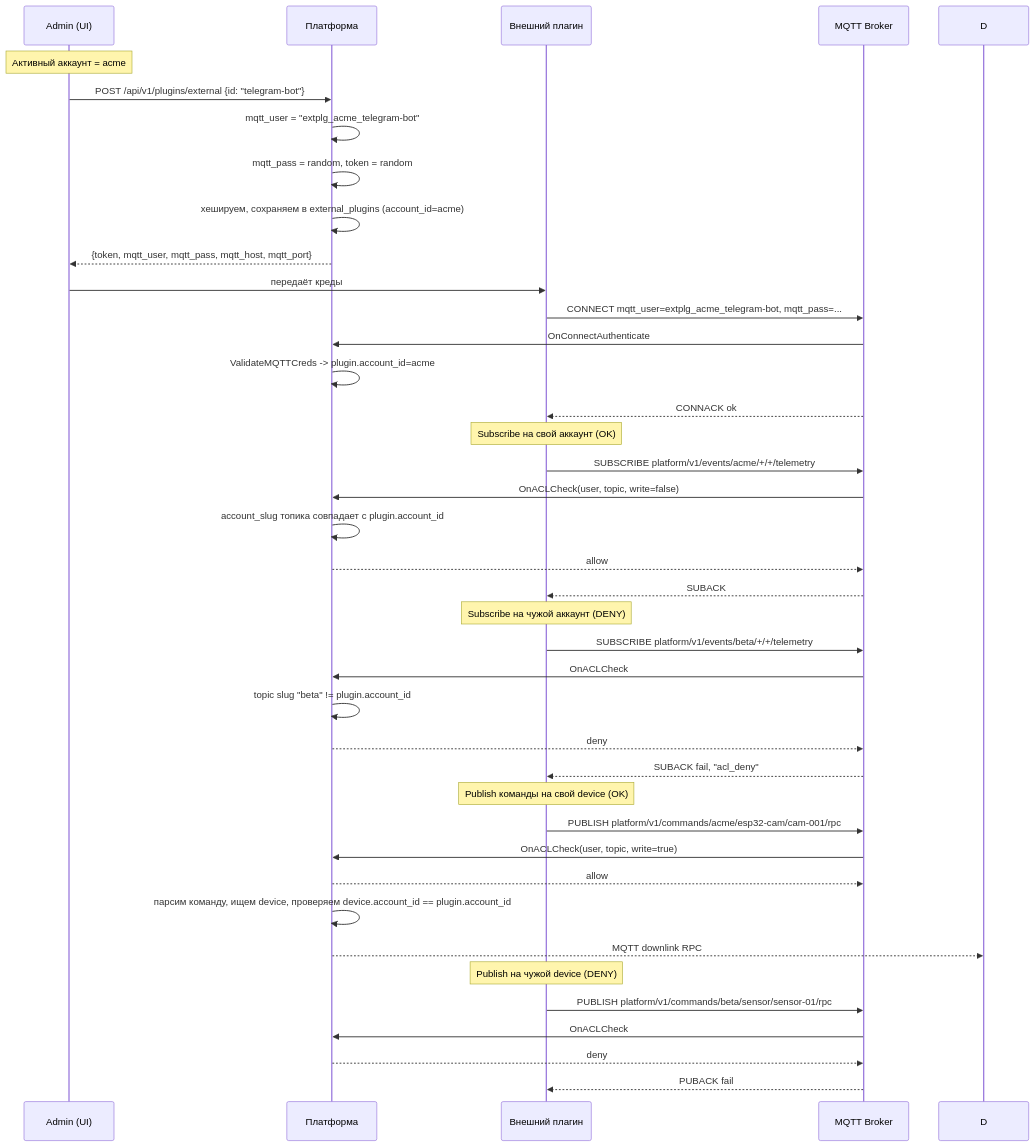
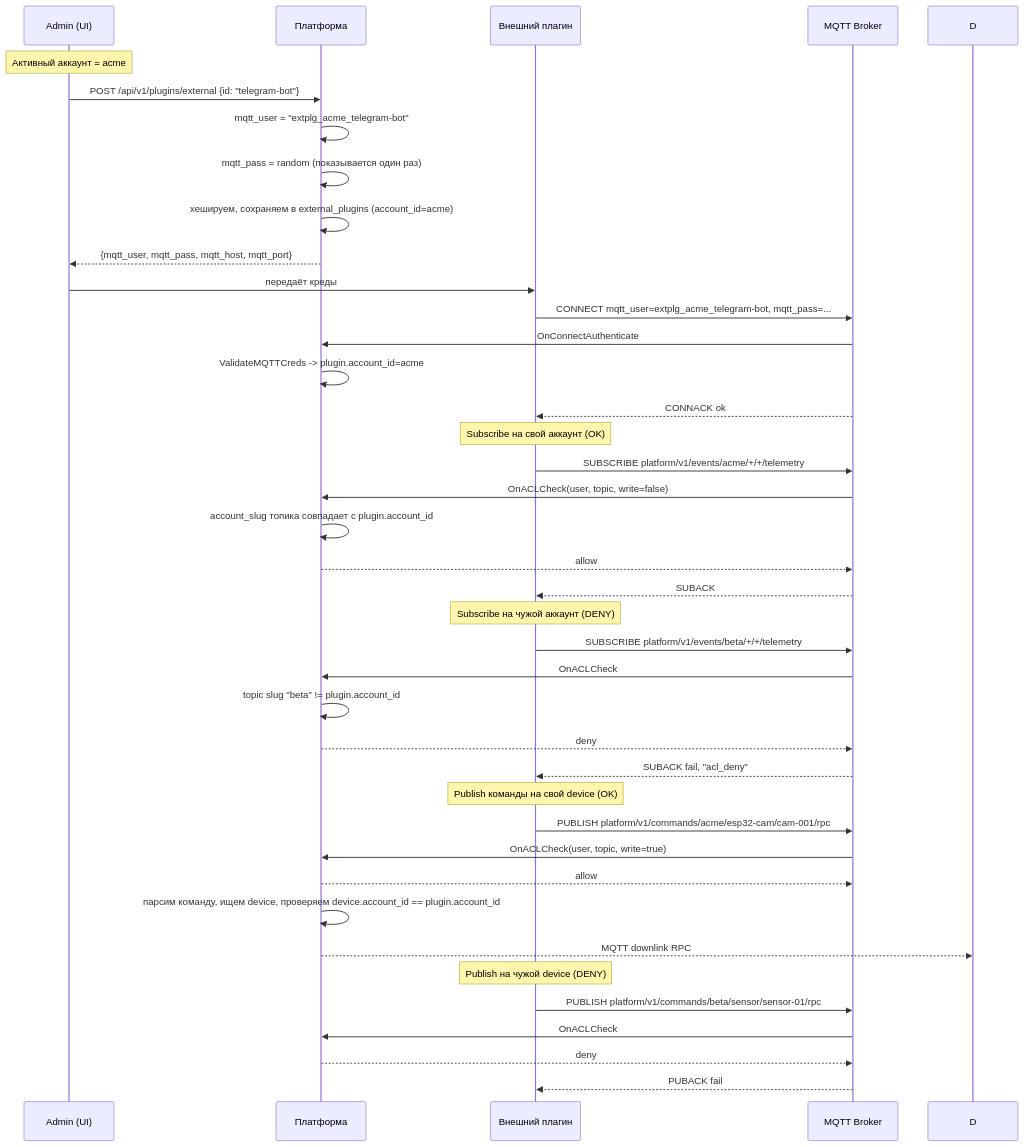
Diagram 11 of 20 in docs/ru/14-diagrams.md (darvik80/iot-platform-go), drawn with Mermaid before and after one commit. The commit also changed other lines of this file and 81 other files, not shown here.

````diff
--- a/docs/ru/14-diagrams.md
+++ b/docs/ru/14-diagrams.md
@@ -458,47 +472,47 @@
 ```mermaid
 sequenceDiagram
     participant Adm as Admin (UI)
     participant P as Платформа
     participant Pl as Внешний плагин
     participant Br as MQTT Broker
 
     Note over Adm: Активный аккаунт = acme
     Adm->>P: POST /api/v1/plugins/external {id: "telegram-bot"}
     P->>P: mqtt_user = "extplg_acme_telegram-bot"
-    P->>P: mqtt_pass = random, token = random
+    P->>P: mqtt_pass = random (показывается один раз)
     P->>P: хешируем, сохраняем в external_plugins (account_id=acme)
-    P-->>Adm: {token, mqtt_user, mqtt_pass, mqtt_host, mqtt_port}
+    P-->>Adm: {mqtt_user, mqtt_pass, mqtt_host, mqtt_port}
     Adm->>Pl: передаёт креды
 
     Pl->>Br: CONNECT mqtt_user=extplg_acme_telegram-bot, mqtt_pass=...
     Br->>P: OnConnectAuthenticate
     P->>P: ValidateMQTTCreds -> plugin.account_id=acme
     Br-->>Pl: CONNACK ok
 
     Note over Pl: Subscribe на свой аккаунт (OK)
     Pl->>Br: SUBSCRIBE platform/v1/events/acme/+/+/telemetry
     Br->>P: OnACLCheck(user, topic, write=false)
     P->>P: account_slug топика совпадает с plugin.account_id
     P-->>Br: allow
     Br-->>Pl: SUBACK
 
     Note over Pl: Subscribe на чужой аккаунт (DENY)
     Pl->>Br: SUBSCRIBE platform/v1/events/beta/+/+/telemetry
     Br->>P: OnACLCheck
     P->>P: topic slug "beta" != plugin.account_id
     P-->>Br: deny
     Br-->>Pl: SUBACK fail, "acl_deny"
 
     Note over Pl: Publish команды на свой device (OK)
     Pl->>Br: PUBLISH platform/v1/commands/acme/esp32-cam/cam-001/rpc
     Br->>P: OnACLCheck(user, topic, write=true)
     P-->>Br: allow
     P->>P: парсим команду, ищем device, проверяем device.account_id == plugin.account_id
     P-->>D: MQTT downlink RPC
 
     Note over Pl: Publish на чужой device (DENY)
     Pl->>Br: PUBLISH platform/v1/commands/beta/sensor/sensor-01/rpc
     Br->>P: OnACLCheck
     P-->>Br: deny
     Br-->>Pl: PUBACK fail
 ```
````
